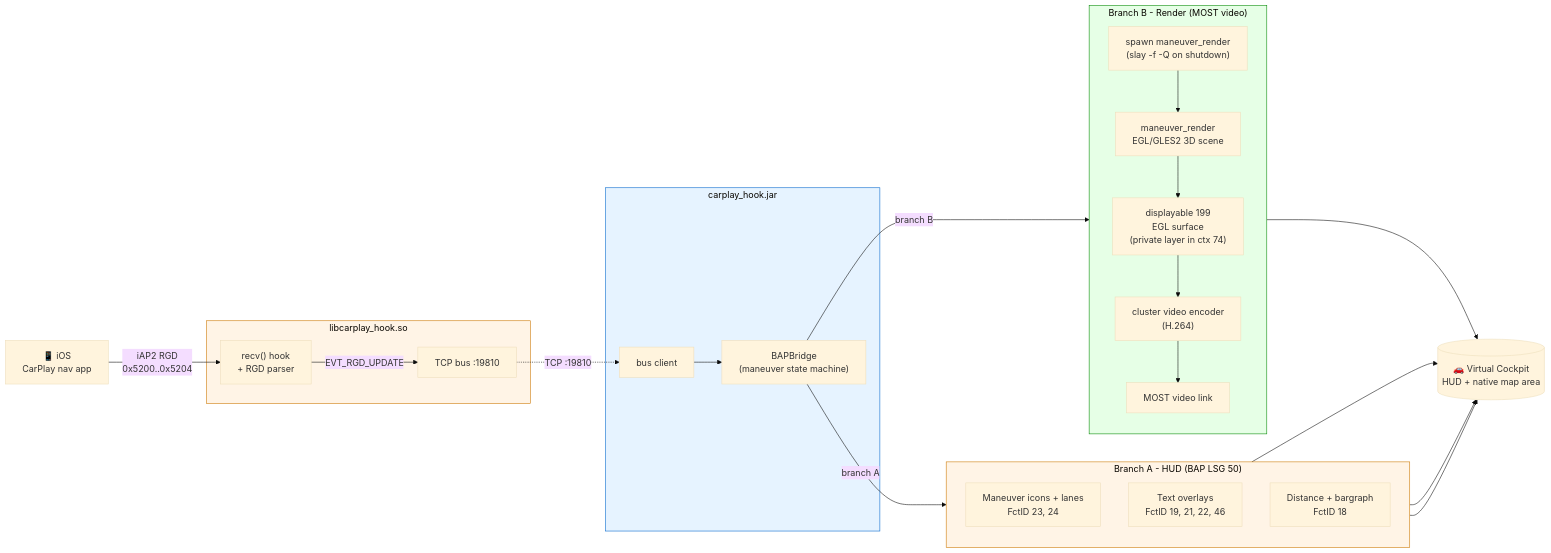
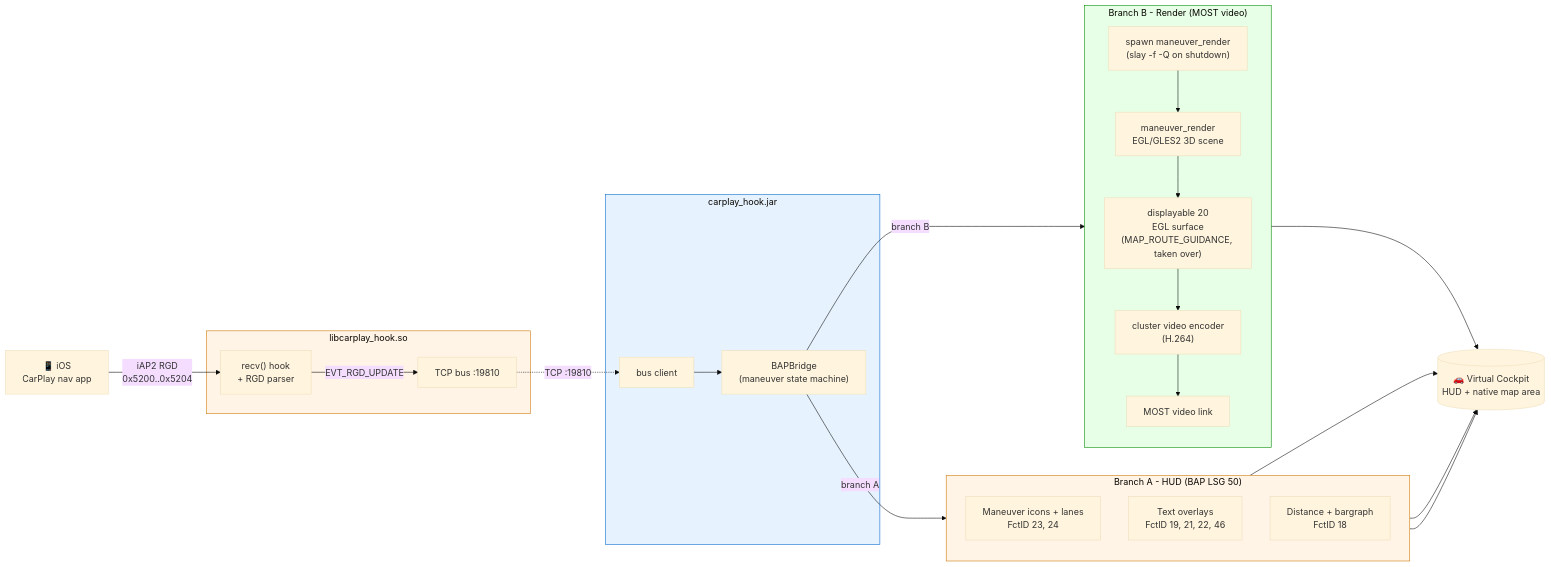
The first of 9 diagrams in README.md (luka-dev/mib2q-carplay-rgi), drawn with Mermaid (base theme) before and after one commit. The commit also changed other lines of this file and 6 other files, not shown here.

````diff
--- a/README.md
+++ b/README.md
@@ -73,51 +73,51 @@
 ```mermaid
 flowchart LR
     iOS["📱 iOS<br/>CarPlay nav app"]
 
     subgraph hook["libcarplay_hook.so"]
         recv["recv() hook<br/>+ RGD parser"]
         bus["TCP bus :19810"]
         recv -->|"EVT_RGD_UPDATE"| bus
     end
 
     subgraph jar["carplay_hook.jar"]
         bus_cli["bus client"]
         bridge["BAPBridge<br/>(maneuver state machine)"]
         bus_cli --> bridge
     end
 
     iOS -->|"iAP2 RGD<br/>0x5200..0x5204"| recv
     bus -.->|"TCP :19810"| bus_cli
 
     bridge -->|"branch A"| hud_path
     bridge -->|"branch B"| render_path
 
     subgraph hud_path["Branch A - HUD (BAP LSG 50)"]
         direction TB
         hud_icons["Maneuver icons + lanes<br/>FctID 23, 24"]
         hud_text["Text overlays<br/>FctID 19, 21, 22, 46"]
         hud_dist["Distance + bargraph<br/>FctID 18"]
     end
 
     subgraph render_path["Branch B - Render (MOST video)"]
         direction TB
         spawn["spawn maneuver_render<br/>(slay -f -Q on shutdown)"]
         rend["maneuver_render<br/>EGL/GLES2 3D scene"]
-        surf["displayable 199<br/>EGL surface<br/>(private layer in ctx 74)"]
+        surf["displayable 20<br/>EGL surface<br/>(MAP_ROUTE_GUIDANCE, taken over)"]
         enc["cluster video encoder<br/>(H.264)"]
         most["MOST video link"]
         spawn --> rend --> surf --> enc --> most
     end
 
     hud_icons --> vc
     hud_text --> vc
     hud_dist --> vc
     most --> vc
 
     vc[("🚗 Virtual Cockpit<br/>HUD + native map area")]
 
     style hook fill:#fff4e6,stroke:#cc7700
     style jar fill:#e6f3ff,stroke:#0066cc
     style hud_path fill:#fff4e6,stroke:#cc7700
     style render_path fill:#e6ffe6,stroke:#008800
 ```
````
